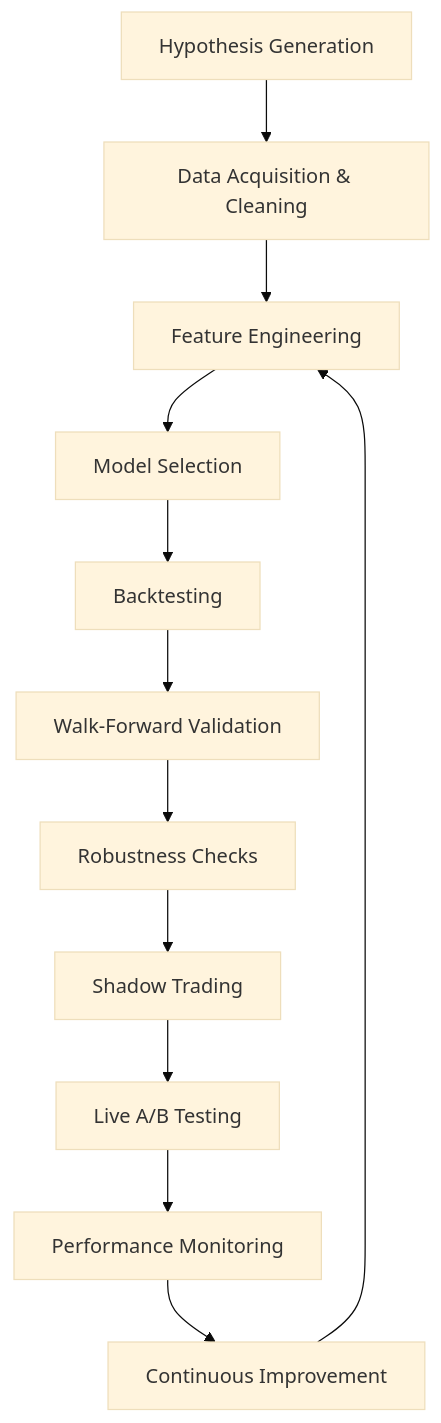
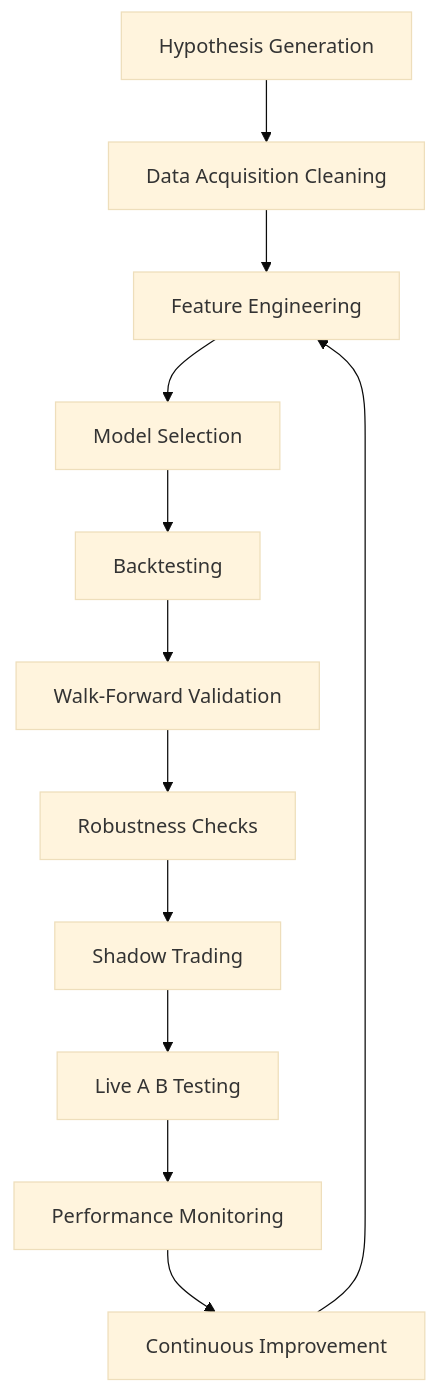
Before and after one commit to TheHaywire/docs-mt5-python-algo-trading: the ninth of 9 diagrams in docs/strategy_framework.md, drawn with Mermaid (base theme). The commit also changed other lines of this file and 5 other files, not shown here.

Commit message:
Fix broken Mermaid diagrams - Remove special characters and parentheses from node labels

````diff
--- a/docs/strategy_framework.md
+++ b/docs/strategy_framework.md
@@ -448,14 +448,14 @@
 ```mermaid
 flowchart TD
-    A[Hypothesis Generation] --> B[Data Acquisition & Cleaning]
+    A[Hypothesis Generation] --> B[Data Acquisition Cleaning]
     B --> C[Feature Engineering]
     C --> D[Model Selection]
     D --> E[Backtesting]
     E --> F[Walk-Forward Validation]
     F --> G[Robustness Checks]
     G --> H[Shadow Trading]
-    H --> I[Live A/B Testing]
+    H --> I[Live A B Testing]
     I --> J[Performance Monitoring]
     J --> K[Continuous Improvement]
     K --> C
 ```
````
